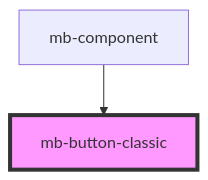
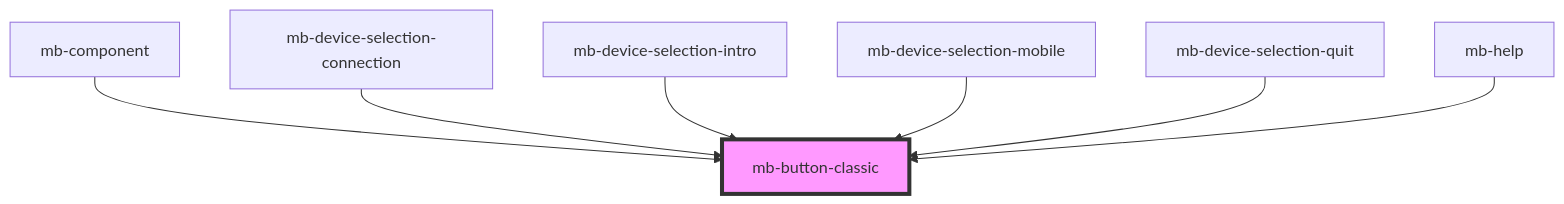
One commit to BlinkID/blinkid-in-browser changed the diagram in ui/docs/components/shared/mb-button-classic/readme.md. Above: the diagram before and after it, drawn with Mermaid. The commit also changed other lines of this file and 148 other files, not shown here.

````diff
--- a/ui/docs/components/shared/mb-button-classic/readme.md
+++ b/ui/docs/components/shared/mb-button-classic/readme.md
@@ -25,5 +38,10 @@
 ```mermaid
 graph TD;
   mb-component --> mb-button-classic
+  mb-device-selection-connection --> mb-button-classic
+  mb-device-selection-intro --> mb-button-classic
+  mb-device-selection-mobile --> mb-button-classic
+  mb-device-selection-quit --> mb-button-classic
+  mb-help --> mb-button-classic
   style mb-button-classic fill:#f9f,stroke:#333,stroke-width:4px
 ```
````
